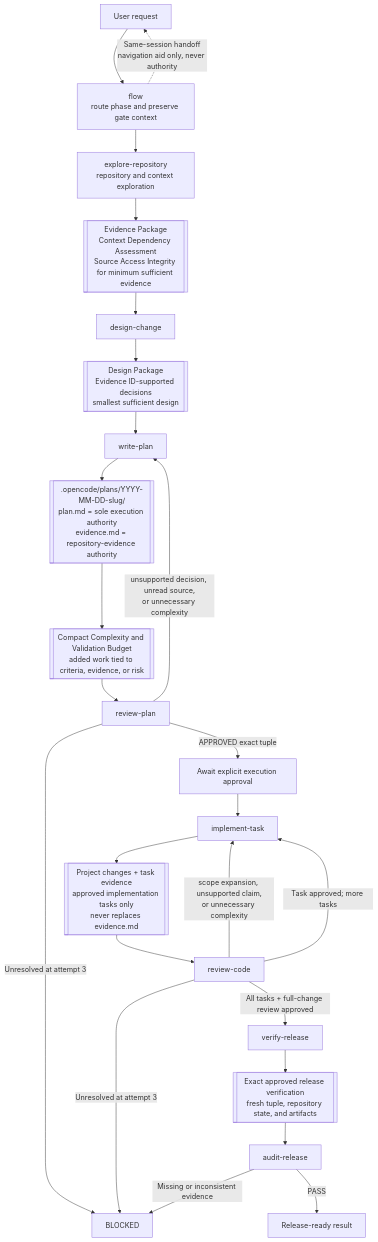
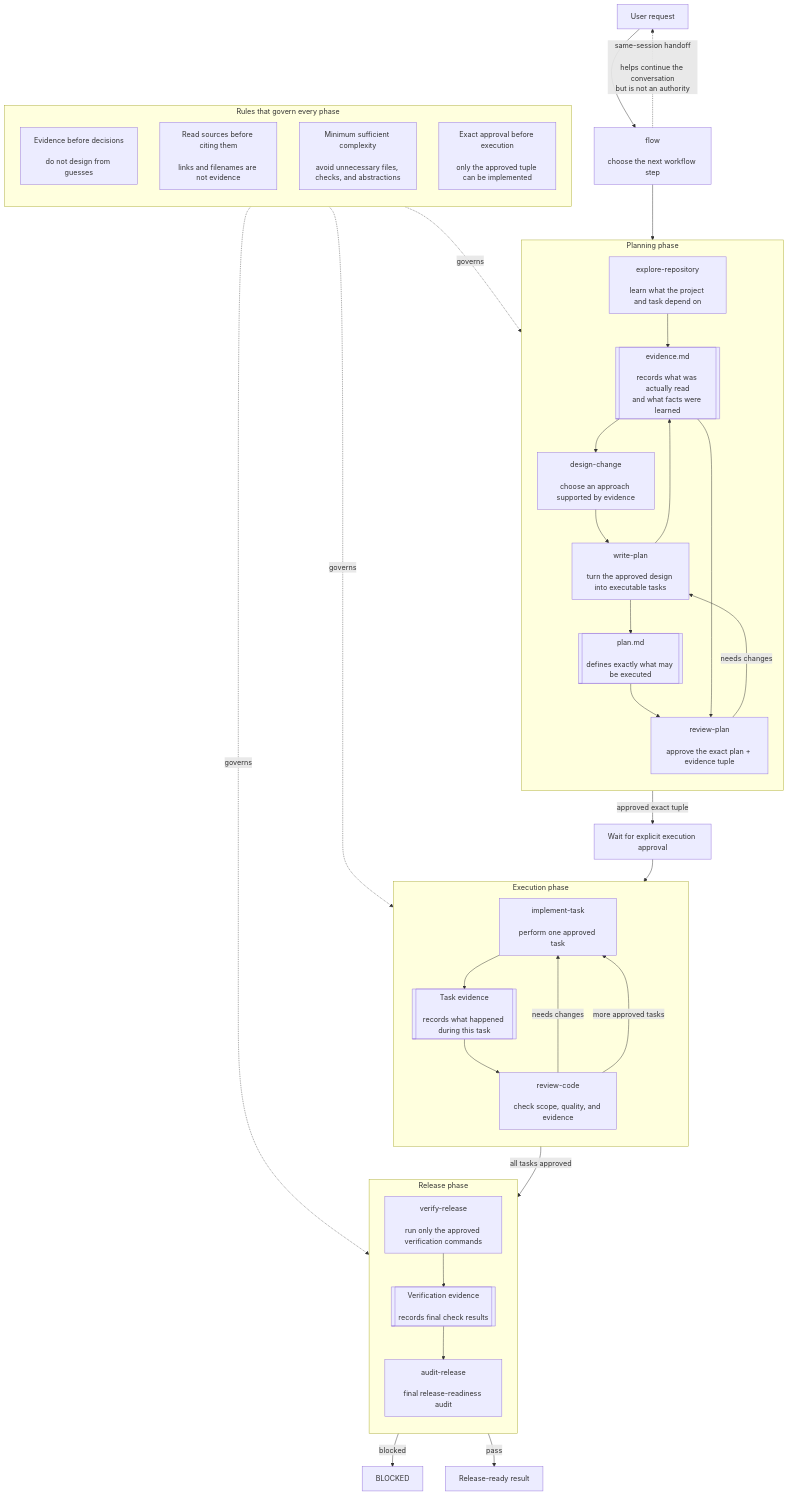
Before and after one commit to zhenyumi/simple-opencode-flow: the diagram in README.md, drawn with Mermaid.

Commit message:
Enhance workflow diagram with planning and execution phases
Expanded the workflow diagram in the README to include detailed phases and rules governing the process.

````diff
--- a/README.md
+++ b/README.md
@@ -9,29 +9,75 @@
 ```mermaid
 flowchart TD
-    U["User request"] --> F["flow<br/>route phase and preserve gate context"]
-    F --> E["explore-repository<br/>repository and context exploration"]
-    E --> EP[["Evidence Package<br/>Context Dependency Assessment<br/>Source Access Integrity for minimum sufficient evidence"]]
-    EP --> D["design-change"]
-    D --> DP[["Design Package<br/>Evidence ID-supported decisions<br/>smallest sufficient design"]]
-    DP --> W["write-plan"]
-    W --> PA[[".opencode/plans/YYYY-MM-DD-slug/<br/>plan.md = sole execution authority<br/>evidence.md = repository-evidence authority"]]
-    PA --> CVB[["Compact Complexity and Validation Budget<br/>added work tied to criteria, evidence, or risk"]]
+    U["User request"] --> F["flow<br/><br/>choose the next workflow step"]
 
-    CVB --> RP["review-plan"]
-    RP -- "unsupported decision, unread source,<br/>or unnecessary complexity" --> W
-    RP -- "Unresolved at attempt 3" --> B["BLOCKED"]
-    RP -- "APPROVED exact tuple" --> A["Await explicit execution approval"]
-    A --> I["implement-task"]
-    I --> TE[["Project changes + task evidence<br/>approved implementation tasks only<br/>never replaces evidence.md"]]
-    TE --> RC["review-code"]
-    RC -- "scope expansion, unsupported claim,<br/>or unnecessary complexity" --> I
-    RC -- "Unresolved at attempt 3" --> B
-    RC -- "Task approved; more tasks" --> I
-    RC -- "All tasks + full-change review approved" --> V["verify-release"]
-    V --> VE[["Exact approved release verification<br/>fresh tuple, repository state, and artifacts"]]
-    VE --> AR["audit-release"]
-    AR -- "Missing or inconsistent evidence" --> B
-    AR -- "PASS" --> R["Release-ready result"]
+    F --> E
 
-    F -. "Same-session handoff<br/>navigation aid only, never authority" .-> U
+    subgraph PLANPHASE["Planning phase"]
+        direction TB
+
+        E["explore-repository<br/><br/>learn what the project and task depend on"]
+        EV[["evidence.md<br/><br/>records what was actually read<br/>and what facts were learned"]]
+        D["design-change<br/><br/>choose an approach supported by evidence"]
+        W["write-plan<br/><br/>turn the approved design into executable tasks"]
+        PLAN[["plan.md<br/><br/>defines exactly what may be executed"]]
+        RP["review-plan<br/><br/>approve the exact plan + evidence tuple"]
+
+        E --> EV
+        EV --> D
+        D --> W
+        W --> PLAN
+        W --> EV
+        PLAN --> RP
+        EV --> RP
+    end
+
+    RP -- "needs changes" --> W
+    RP -- "approved exact tuple" --> A["Wait for explicit execution approval"]
+
+    A --> I
+
+    subgraph EXECPHASE["Execution phase"]
+        direction TB
+
+        I["implement-task<br/><br/>perform one approved task"]
+        TE[["Task evidence<br/><br/>records what happened during this task"]]
+        RC["review-code<br/><br/>check scope, quality, and evidence"]
+
+        I --> TE
+        TE --> RC
+    end
+
+    RC -- "needs changes" --> I
+    RC -- "more approved tasks" --> I
+    RC -- "all tasks approved" --> V
+
+    subgraph RELEASEPHASE["Release phase"]
+        direction TB
+
+        V["verify-release<br/><br/>run only the approved verification commands"]
+        VE[["Verification evidence<br/><br/>records final check results"]]
+        AR["audit-release<br/><br/>final release-readiness audit"]
+
+        V --> VE
+        VE --> AR
+    end
+
+    AR -- "blocked" --> B["BLOCKED"]
+    AR -- "pass" --> DONE["Release-ready result"]
+
+    F -. "same-session handoff<br/><br/>helps continue the conversation<br/>but is not an authority" .-> U
+
+    subgraph RULES["Rules that govern every phase"]
+        direction TB
+
+        R1["Evidence before decisions<br/><br/>do not design from guesses"]
+        R2["Read sources before citing them<br/><br/>links and filenames are not evidence"]
+        R3["Minimum sufficient complexity<br/><br/>avoid unnecessary files, checks, and abstractions"]
+        R4["Exact approval before execution<br/><br/>only the approved tuple can be implemented"]
+    end
+
+    RULES -. "governs" .-> PLANPHASE
+    RULES -. "governs" .-> EXECPHASE
+    RULES -. "governs" .-> RELEASEPHASE
+
 ```
````
